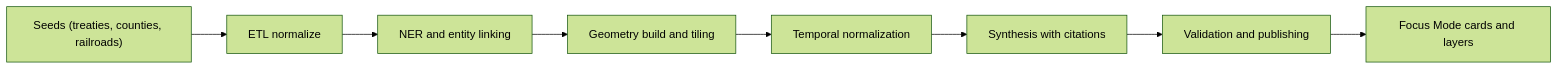
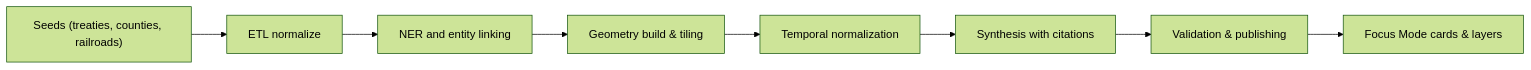
Before and after one commit to bartytime4life/Kansas-Frontier-Matrix: the diagram in docs/history/transitions/README.md, drawn with Mermaid (forest theme). The commit also changed other lines of this file, not shown here.

````diff
--- a/docs/history/transitions/README.md
+++ b/docs/history/transitions/README.md
@@ -121,13 +125,13 @@
 ```mermaid
 flowchart LR
   A["Seeds (treaties, counties, railroads)"]
   B["ETL normalize"]
   C["NER and entity linking"]
-  D["Geometry build and tiling"]
+  D["Geometry build & tiling"]
   E["Temporal normalization"]
   F["Synthesis with citations"]
-  G["Validation and publishing"]
-  H["Focus Mode cards and layers"]
+  G["Validation & publishing"]
+  H["Focus Mode cards & layers"]
 
   A --> B --> C --> D --> E --> F --> G --> H
 ```
````
